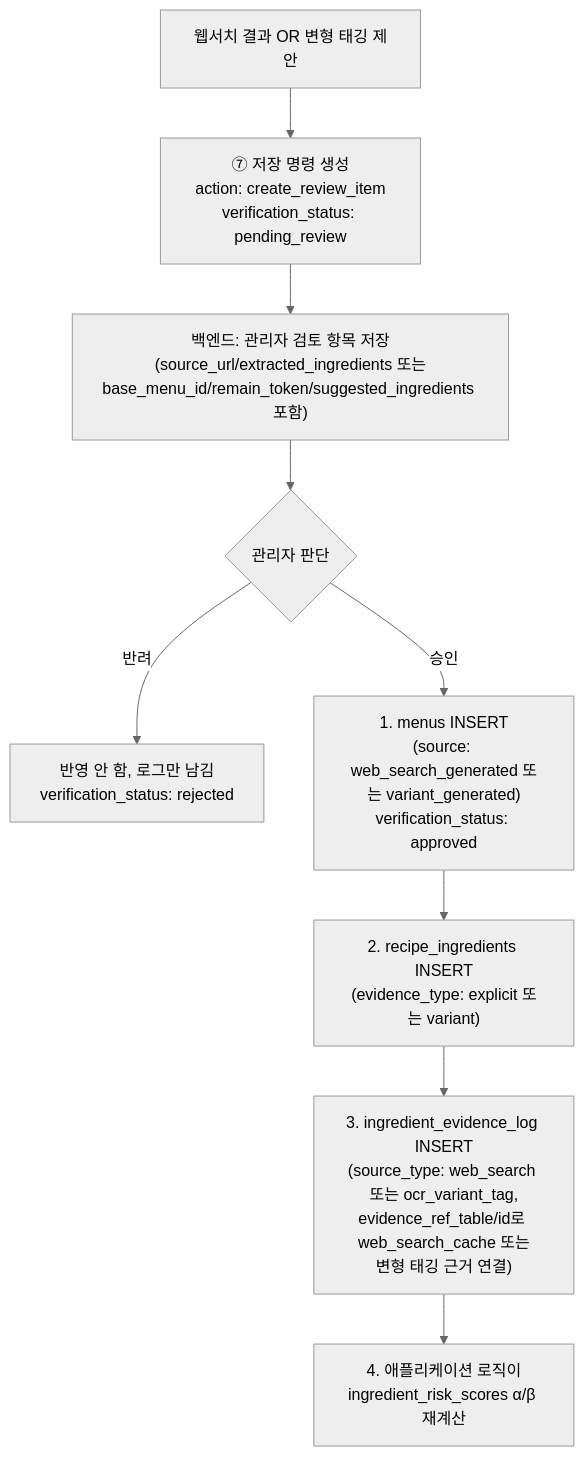
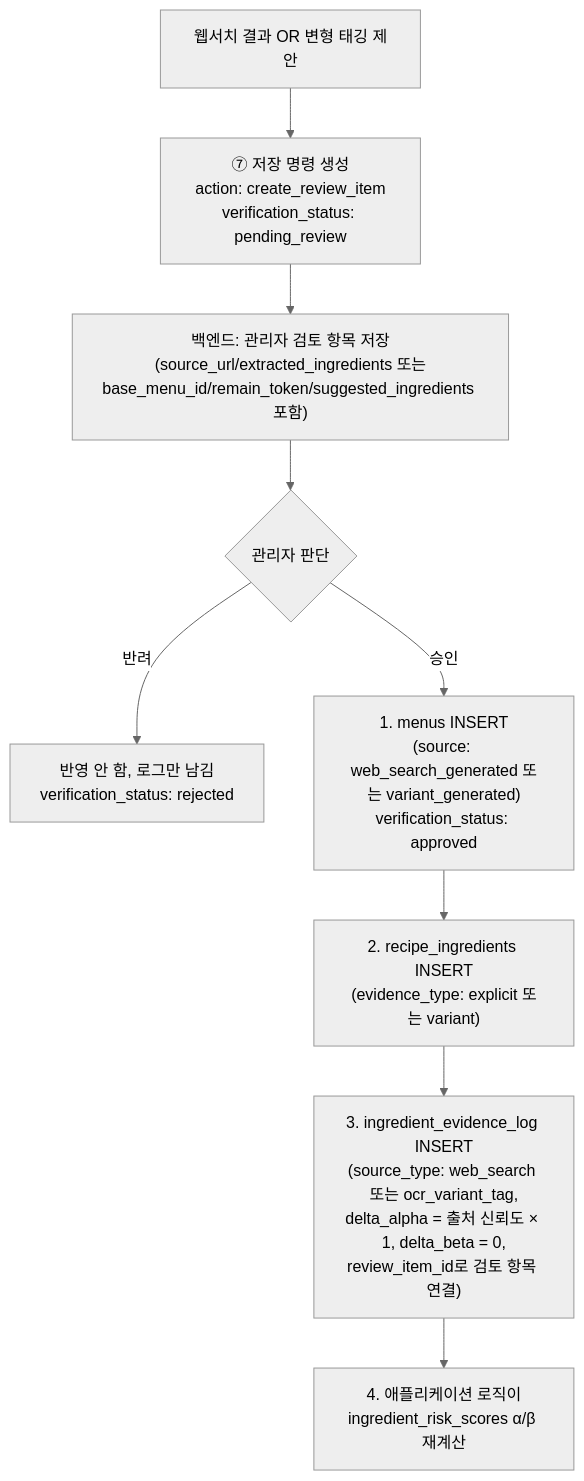
The second of 4 diagrams in docs/7-tool-dbupdate.md (Han-Spoon/ai), drawn with Mermaid (neutral theme) before and after one commit. The commit also changed other lines of this file and 2 other files, not shown here.

Commit message:
docs: align agent 4, 5, 7 with db schema

````diff
--- a/docs/7-tool-dbupdate.md
+++ b/docs/7-tool-dbupdate.md
@@ -169,11 +172,11 @@
 ```mermaid
 flowchart TD
     IN["웹서치 결과 OR 변형 태깅 제안"] --> CMD["⑦ 저장 명령 생성<br/>action: create_review_item<br/>verification_status: pending_review"]
     CMD --> REVIEW["백엔드: 관리자 검토 항목 저장<br/>(source_url/extracted_ingredients 또는<br/>base_menu_id/remain_token/suggested_ingredients 포함)"]
     REVIEW --> WAIT{관리자 판단}
     WAIT -->|반려| DROP["반영 안 함, 로그만 남김<br/>verification_status: rejected"]
     WAIT -->|승인| M1["1. menus INSERT<br/>(source: web_search_generated 또는 variant_generated)<br/>verification_status: approved"]
     M1 --> M2["2. recipe_ingredients INSERT<br/>(evidence_type: explicit 또는 variant)"]
-    M2 --> M3["3. ingredient_evidence_log INSERT<br/>(source_type: web_search 또는 ocr_variant_tag,<br/>evidence_ref_table/id로 web_search_cache 또는<br/>변형 태깅 근거 연결)"]
+    M2 --> M3["3. ingredient_evidence_log INSERT<br/>(source_type: web_search 또는 ocr_variant_tag,<br/>delta_alpha = 출처 신뢰도 × 1, delta_beta = 0,<br/>review_item_id로 검토 항목 연결)"]
     M3 --> M4["4. 애플리케이션 로직이<br/>ingredient_risk_scores α/β 재계산"]
 ```
````
